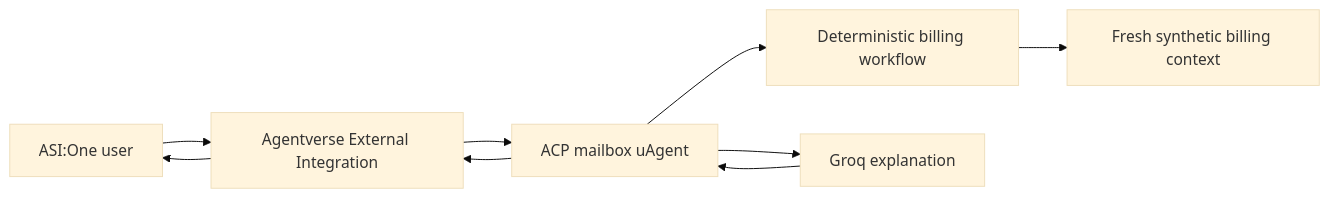
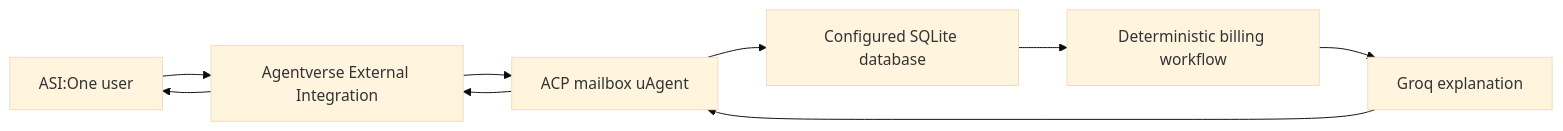
The diagram in README.md (kushagra-1008/RAGrets---Cloud-Bill-Spike-Analyser), drawn with Mermaid (base theme) before and after one commit.

Commit message:
Correct architecture diagram to show database-backed analysis

````diff
--- a/README.md
+++ b/README.md
@@ -31,11 +31,11 @@
 ```mermaid
 flowchart LR
     A[ASI:One user] --> B[Agentverse External Integration]
     B --> C[ACP mailbox uAgent]
-    C --> D[Deterministic billing workflow]
-    D --> E[Fresh synthetic billing context]
-    C --> F[Groq explanation]
+    C --> D[Configured SQLite database]
+    D --> E[Deterministic billing workflow]
+    E --> F[Groq explanation]
     F --> C
     C --> B
     B --> A
 ```
````
